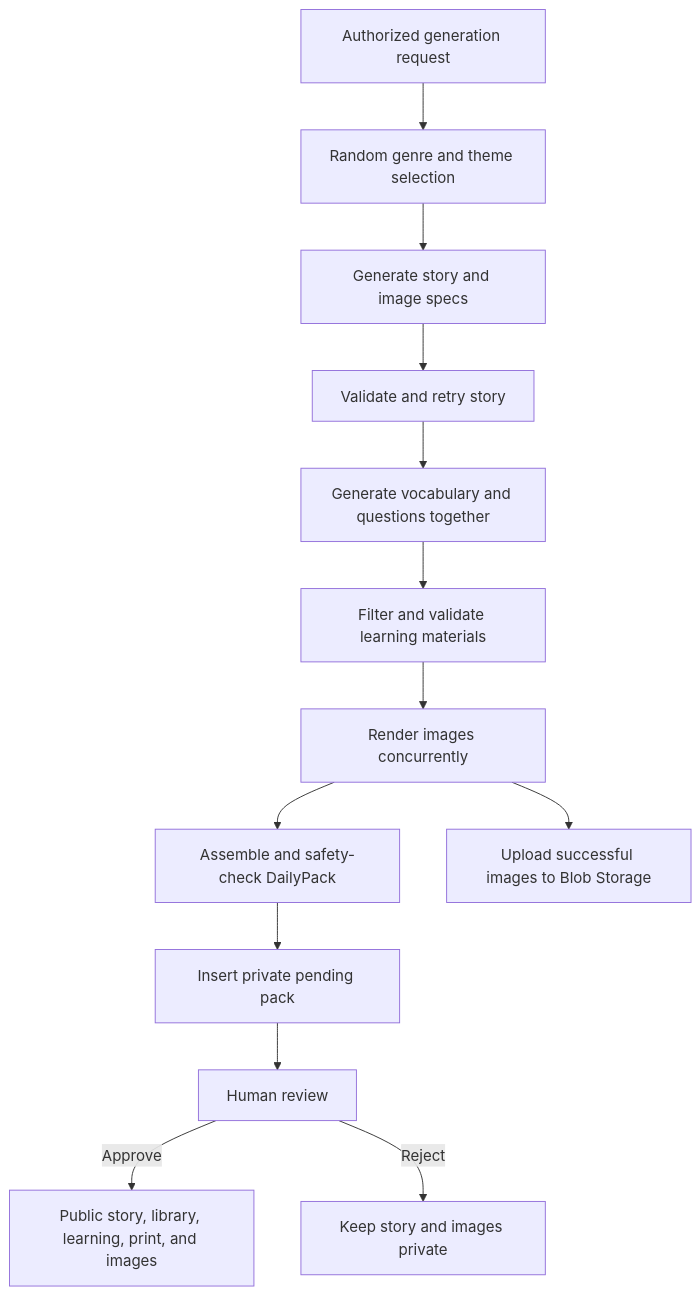
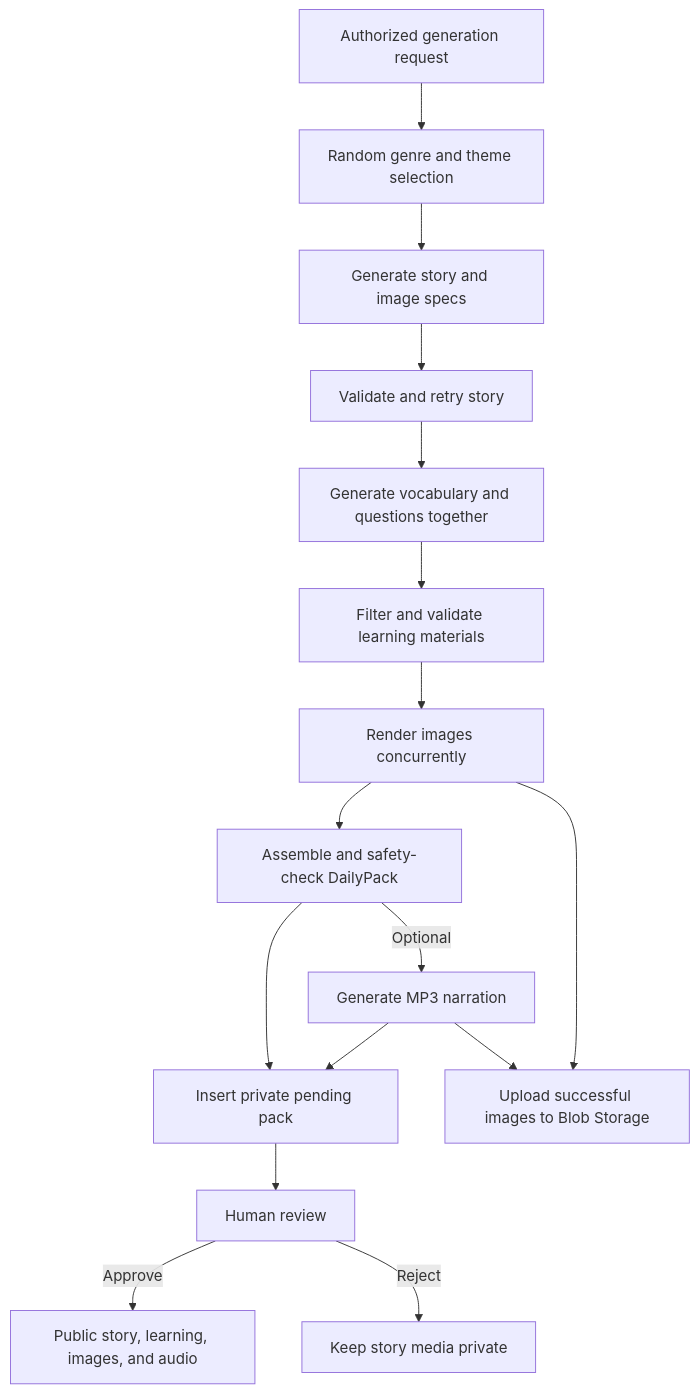
Before and after one commit to sumantmodak/Inkydoop: the diagram in README.md, drawn with Mermaid. The commit also changed other lines of this file and 25 other files, not shown here.

````diff
--- a/README.md
+++ b/README.md
@@ -332,15 +367,18 @@
 ```mermaid
 flowchart TD
   Request[Authorized generation request] --> Selection[Random genre and theme selection]
   Selection --> Story[Generate story and image specs]
     Story --> StoryValidation[Validate and retry story]
     StoryValidation --> Learning[Generate vocabulary and questions together]
     Learning --> LearningValidation[Filter and validate learning materials]
     LearningValidation --> Images[Render images concurrently]
     Images --> Assemble[Assemble and safety-check DailyPack]
+    Assemble -->|Optional| Audio[Generate MP3 narration]
+    Audio --> Pending
     Assemble --> Pending[Insert private pending pack]
     Images --> Blob[Upload successful images to Blob Storage]
+    Audio --> Blob
     Pending --> Review[Human review]
-    Review -->|Approve| Public[Public story, library, learning, print, and images]
-    Review -->|Reject| Private[Keep story and images private]
+    Review -->|Approve| Public[Public story, learning, images, and audio]
+    Review -->|Reject| Private[Keep story media private]
 ```
````
